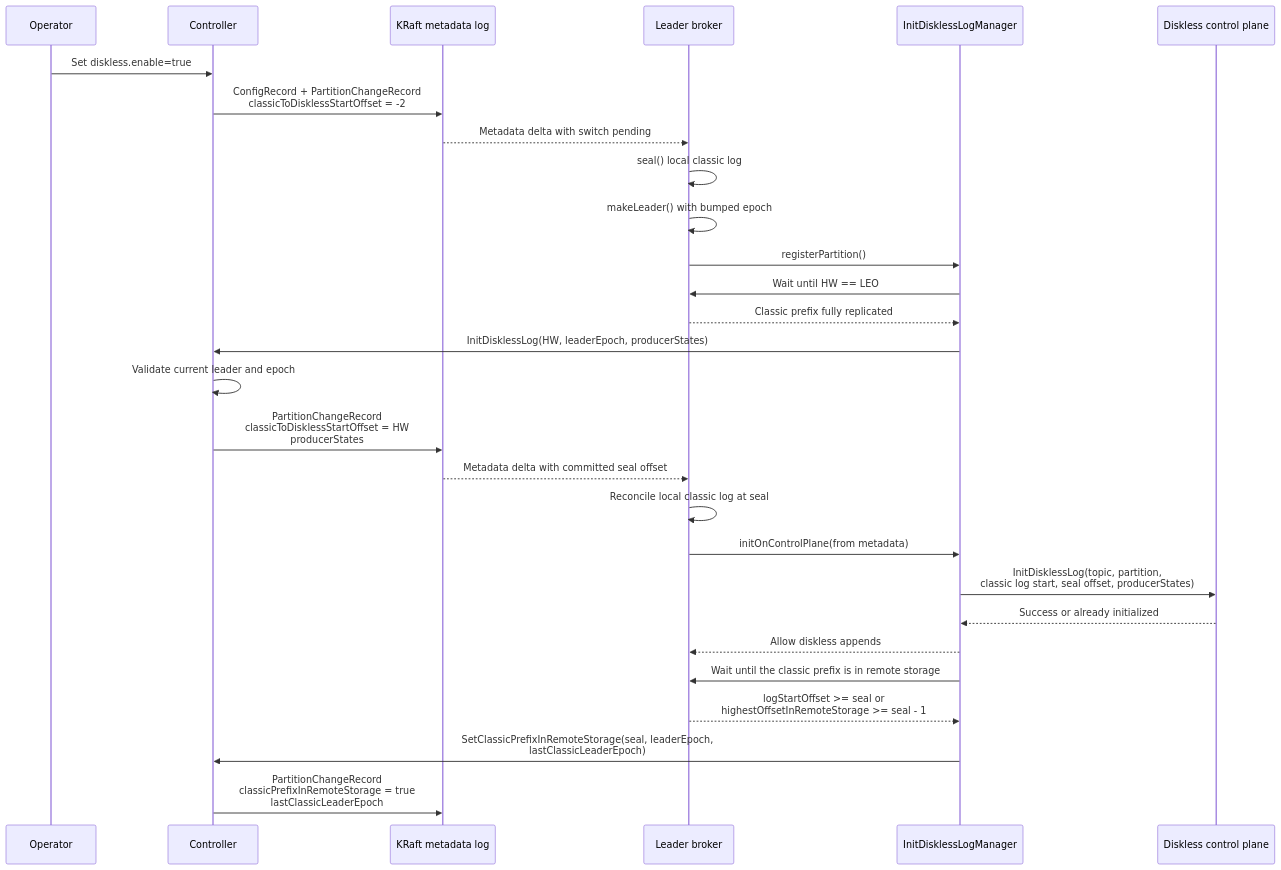
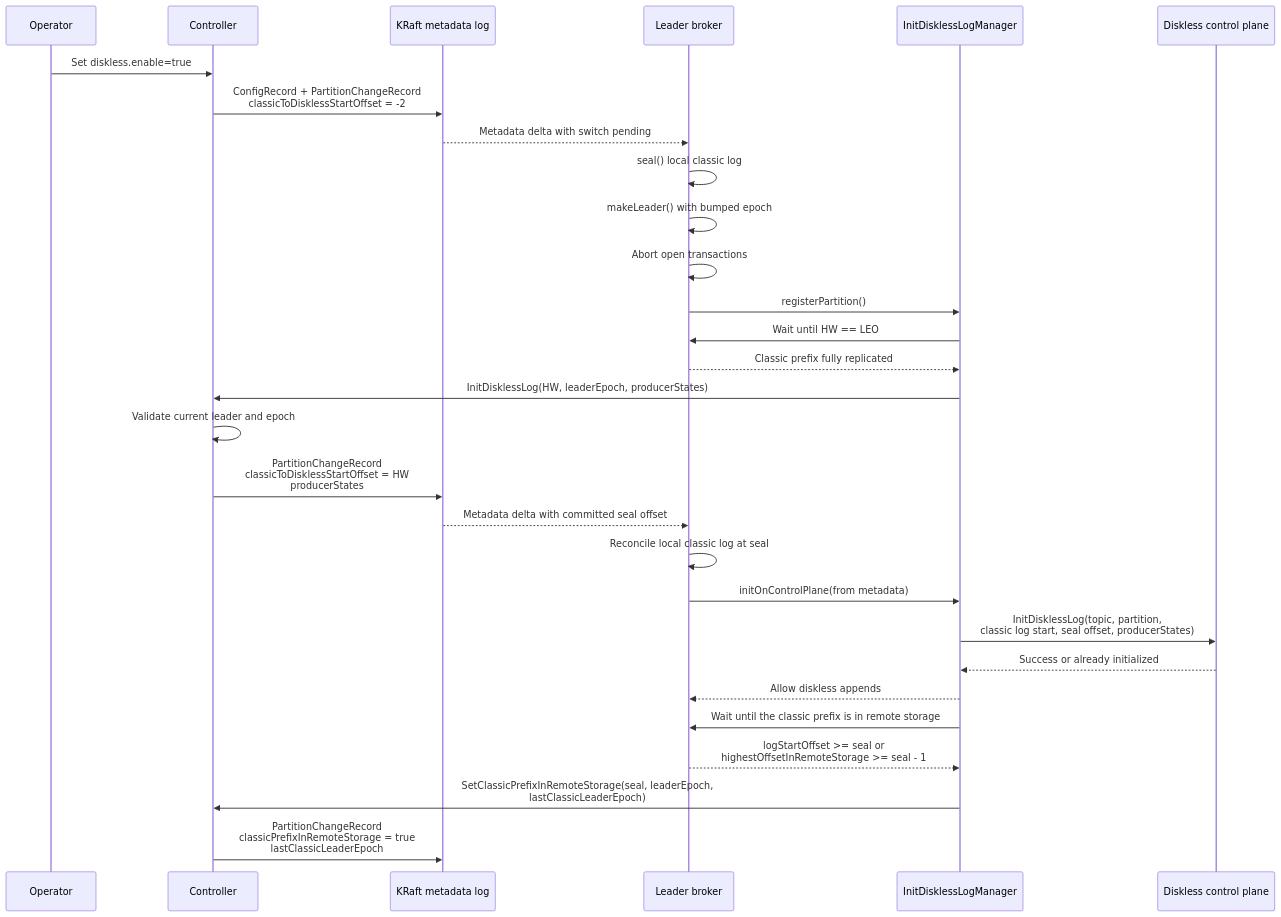
One commit to aiven/inkless changed the diagram in docs/inkless/CLASSIC_TO_DISKLESS_SWITCH.md. Above: the diagram before and after it, drawn with Mermaid. The commit also changed other lines of this file and 6 other files, not shown here.

First line of the commit message:
fix(inkless:switch): abort open transactions only on the leader at the switch [KC-753]

````diff
--- a/docs/inkless/CLASSIC_TO_DISKLESS_SWITCH.md
+++ b/docs/inkless/CLASSIC_TO_DISKLESS_SWITCH.md
@@ -41,36 +41,37 @@
 ```mermaid
 sequenceDiagram
     participant Operator
     participant Controller
     participant MetadataLog as KRaft metadata log
     participant Leader as Leader broker
     participant InitManager as InitDisklessLogManager
     participant ControlPlane as Diskless control plane
 
     Operator->>Controller: Set diskless.enable=true
     Controller->>MetadataLog: ConfigRecord + PartitionChangeRecord<br/>classicToDisklessStartOffset = -2
     MetadataLog-->>Leader: Metadata delta with switch pending
 
     Leader->>Leader: seal() local classic log
     Leader->>Leader: makeLeader() with bumped epoch
+    Leader->>Leader: Abort open transactions
     Leader->>InitManager: registerPartition()
 
     InitManager->>Leader: Wait until HW == LEO
     Leader-->>InitManager: Classic prefix fully replicated
     InitManager->>Controller: InitDisklessLog(HW, leaderEpoch, producerStates)
 
     Controller->>Controller: Validate current leader and epoch
     Controller->>MetadataLog: PartitionChangeRecord<br/>classicToDisklessStartOffset = HW<br/>producerStates
     MetadataLog-->>Leader: Metadata delta with committed seal offset
 
     Leader->>Leader: Reconcile local classic log at seal
     Leader->>InitManager: initOnControlPlane(from metadata)
     InitManager->>ControlPlane: InitDisklessLog(topic, partition,<br/>classic log start, seal offset, producerStates)
     ControlPlane-->>InitManager: Success or already initialized
     InitManager-->>Leader: Allow diskless appends
 
     InitManager->>Leader: Wait until the classic prefix is in remote storage
     Leader-->>InitManager: logStartOffset >= seal or<br/>highestOffsetInRemoteStorage >= seal - 1
     InitManager->>Controller: SetClassicPrefixInRemoteStorage(seal, leaderEpoch,<br/>lastClassicLeaderEpoch)
     Controller->>MetadataLog: PartitionChangeRecord<br/>classicPrefixInRemoteStorage = true<br/>lastClassicLeaderEpoch
 ```
````
